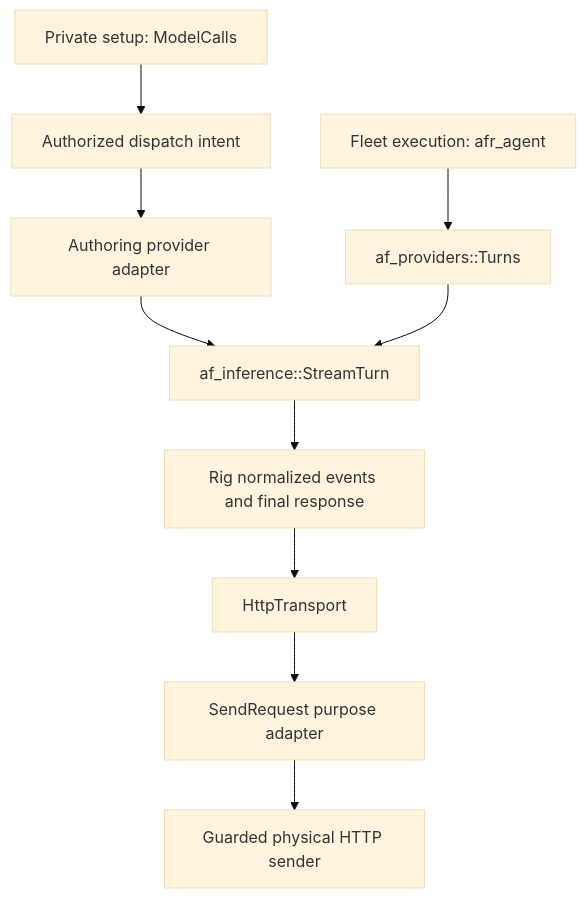
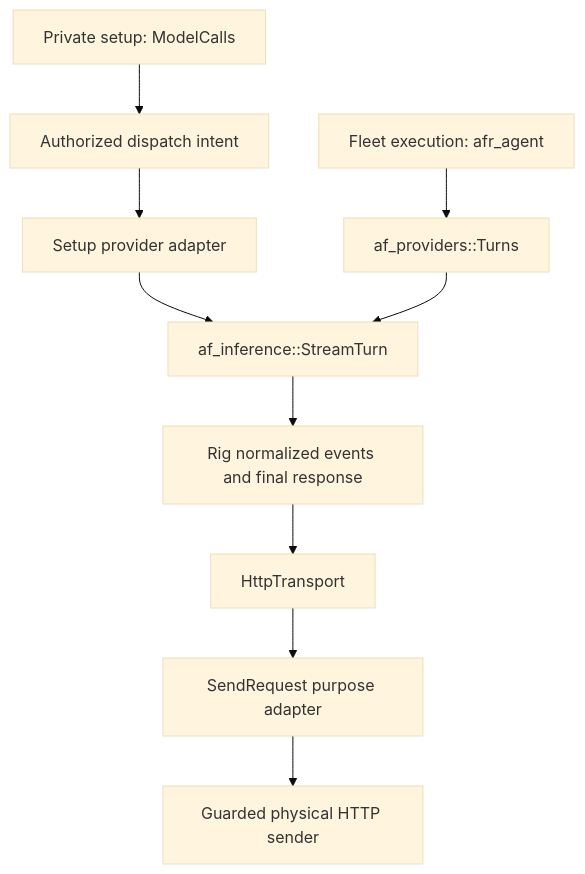
Before and after one commit to agentsfleet/agentsfleet: the first of 2 diagrams in docs/architecture/shared_chat_verification.md, drawn with Mermaid (base theme). The commit also changed other lines of this file and 36 other files, not shown here.

First line of the commit message:
docs: architecture pages speak the thread model

````diff
--- a/docs/architecture/shared_chat_verification.md
+++ b/docs/architecture/shared_chat_verification.md
@@ -26,12 +26,12 @@
 ```mermaid
 flowchart TD
     A[Private setup: ModelCalls] --> B[Authorized dispatch intent]
-    B --> C[Authoring provider adapter]
+    B --> C[Setup provider adapter]
     D[Fleet execution: afr_agent] --> E[af_providers::Turns]
     C --> F[af_inference::StreamTurn]
     E --> F
     F --> G[Rig normalized events and final response]
     G --> H[HttpTransport]
     H --> I[SendRequest purpose adapter]
     I --> J[Guarded physical HTTP sender]
 ```
````
